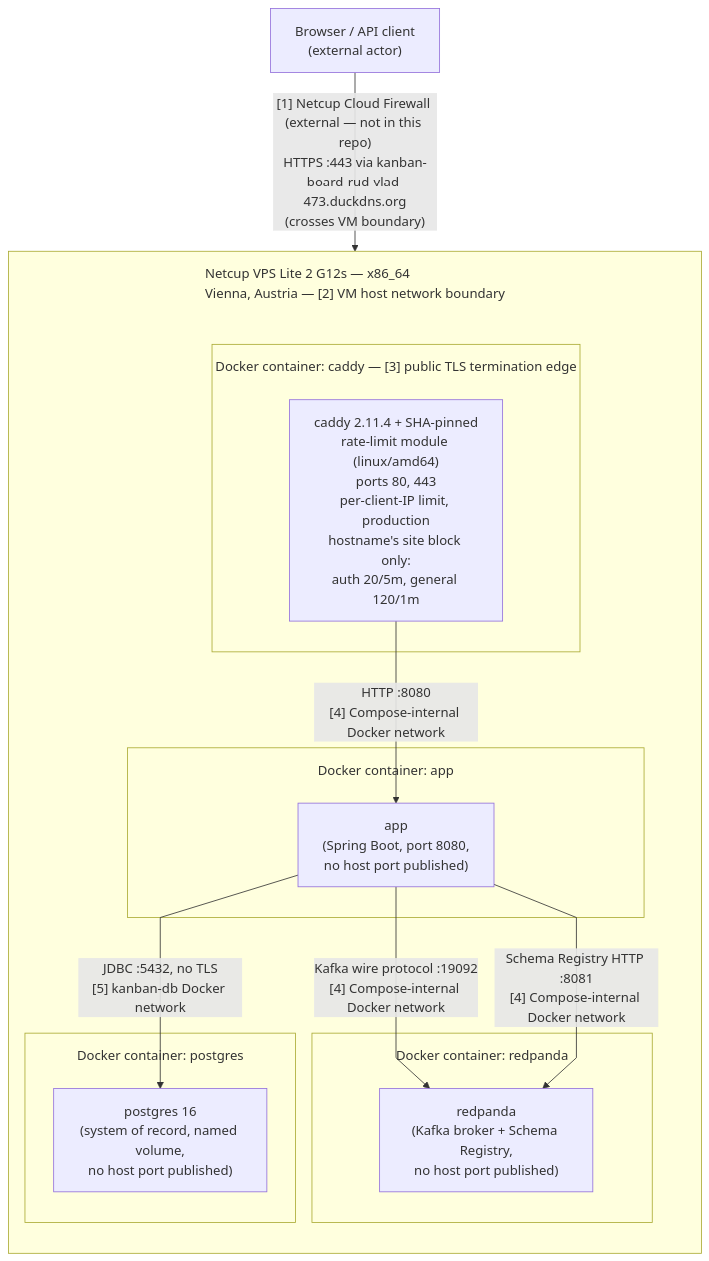
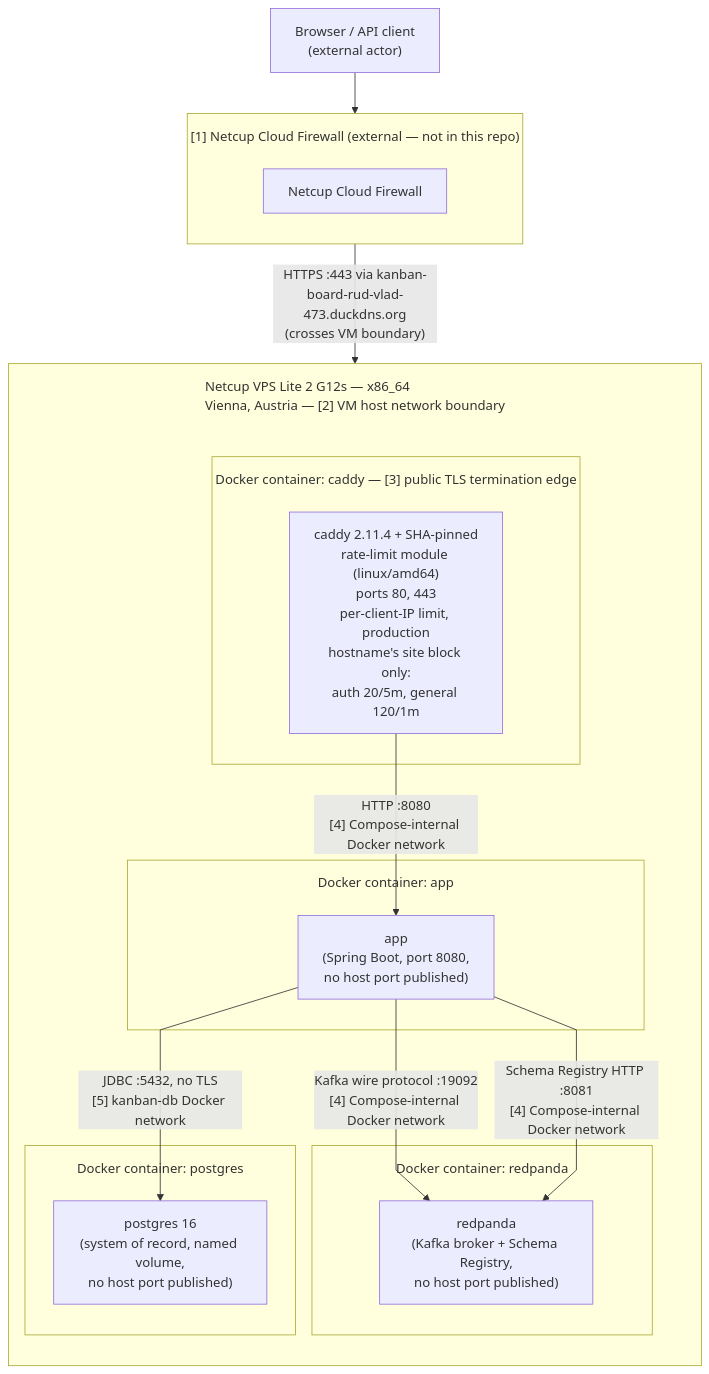
The diagram in docs/diagrams/infra-physical-deployment.mmd (RudVlad473/kanban-board-backend), drawn with Mermaid before and after one commit. The commit also changed 3 other files, not shown here.

```diff
--- a/docs/diagrams/infra-physical-deployment.mmd
+++ b/docs/diagrams/infra-physical-deployment.mmd
@@ -1,32 +1,38 @@
 %%{init: {"flowchart": {"subGraphTitleMargin": {"top": 15, "bottom": 15}, "curve": "linear"}}}%%
 flowchart TB
     client["Browser / API client<br/>(external actor)"]
+
+    subgraph netcup_edge["[1] Netcup Cloud Firewall (external — not in this repo)"]
+        direction TB
+        netcup_fw["Netcup Cloud Firewall"]
+    end
 
     subgraph netcup["Netcup VPS Lite 2 G12s — x86_64<br/>Vienna, Austria — [2] VM host network boundary"]
         direction TB
 
         netcup_spacer[" "]
         style netcup_spacer height:1px,fill:none,stroke:none
 
         subgraph caddy_box["Docker container: caddy — [3] public TLS termination edge"]
             caddy["caddy 2.11.4 + SHA-pinned<br/>rate-limit module (linux/amd64)<br/>ports 80, 443<br/>per-client-IP limit, production<br/>hostname's site block only:<br/>auth 20/5m, general 120/1m"]
         end
         netcup_spacer ~~~ caddy_box
         subgraph app_box["Docker container: app"]
             app["app<br/>(Spring Boot, port 8080,<br/>no host port published)"]
         end
         subgraph redpanda_box["Docker container: redpanda"]
             redpanda["redpanda<br/>(Kafka broker + Schema Registry,<br/>no host port published)"]
         end
         subgraph postgres_box["Docker container: postgres"]
             postgres["postgres 16<br/>(system of record, named volume,<br/>no host port published)"]
         end
 
         caddy -- "HTTP :8080<br/>[4] Compose-internal Docker network" --> app
         app -- "Kafka wire protocol :19092<br/>[4] Compose-internal Docker network" --> redpanda
         app -- "Schema Registry HTTP :8081<br/>[4] Compose-internal Docker network" --> redpanda
         app -- "JDBC :5432, no TLS<br/>[5] kanban-db Docker network" --> postgres
     end
 
 
-    client -- "[1] Netcup Cloud Firewall (external — not in this repo)<br/>HTTPS :443 via kanban-board-rud-vlad-473.duckdns.org<br/>(crosses VM boundary)" --> caddy
+    client --> netcup_fw
+    netcup_fw -- "HTTPS :443 via kanban-board-rud-vlad-473.duckdns.org<br/>(crosses VM boundary)" --> caddy
```
